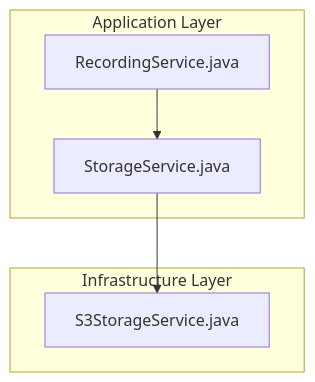
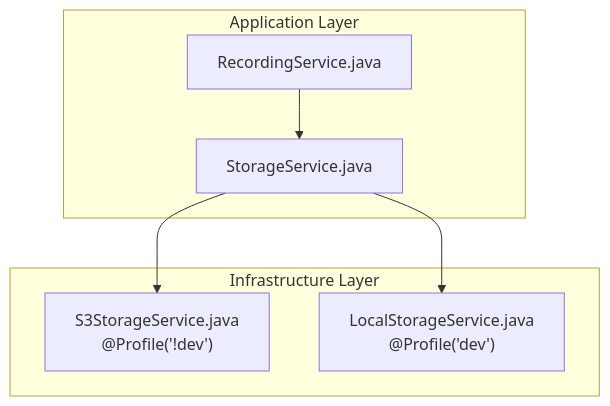
One commit to Vostrikov2014/vks-qoder changed the first of 9 diagrams in .qoder/repowiki/en/content/Storage Management/Storage Service Abstraction.md. Above: the diagram before and after it, drawn with Mermaid. The commit also changed other lines of this file and 11 other files, not shown here.

````diff
--- a/.qoder/repowiki/en/content/Storage Management/Storage Service Abstraction.md
+++ b/.qoder/repowiki/en/content/Storage Management/Storage Service Abstraction.md
@@ -34,12 +45,14 @@
 ```mermaid
 graph TB
 subgraph "Application Layer"
 RS["RecordingService.java"]
 SS_IF["StorageService.java"]
 end
 subgraph "Infrastructure Layer"
-S3_IMPL["S3StorageService.java"]
+S3_IMPL["S3StorageService.java<br/>@Profile('!dev')"]
+LOCAL_IMPL["LocalStorageService.java<br/>@Profile('dev')"]
 end
 RS --> SS_IF
 SS_IF --> S3_IMPL
+SS_IF --> LOCAL_IMPL
 ```
````
